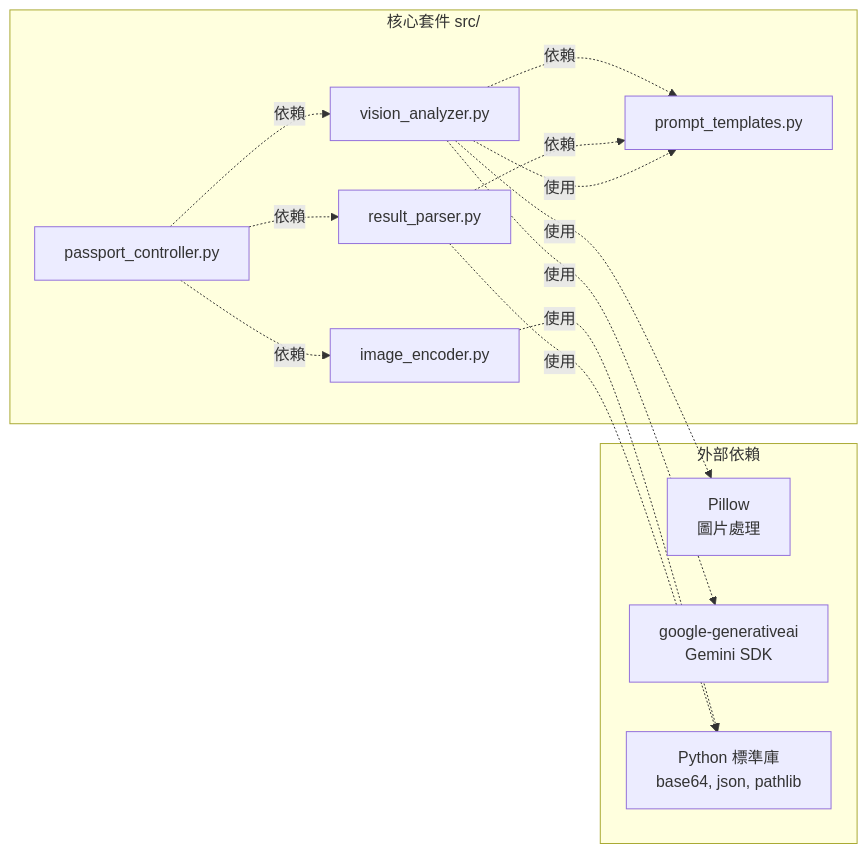
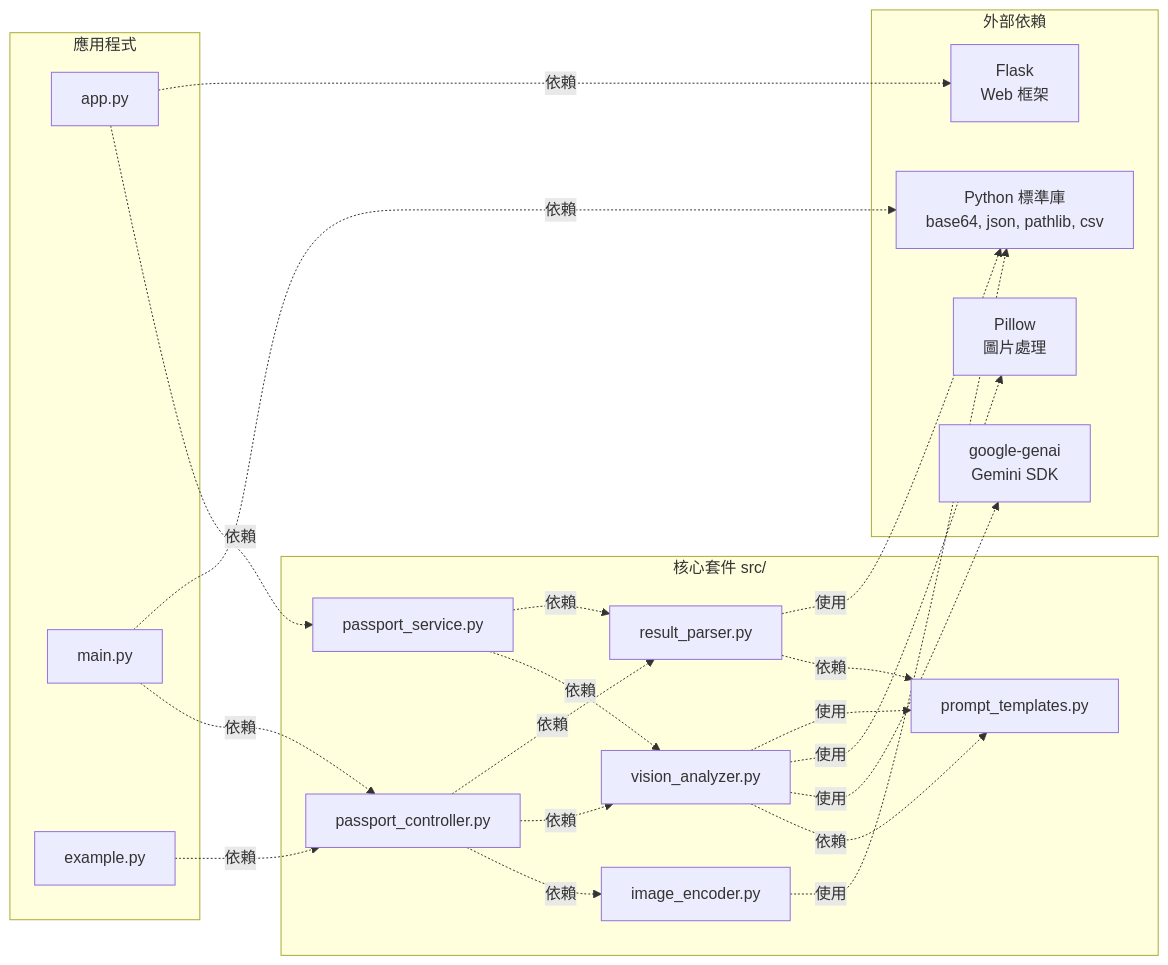
The second of 5 diagrams in 元件圖.md (wu02067602/Passport-image-recognition), drawn with Mermaid before and after one commit. The commit also changed other lines of this file and 3 other files, not shown here.

Commit message:
Refactor: Add PassportService and BatchProcessor, improve error handling

````diff
--- a/元件圖.md
+++ b/元件圖.md
@@ -47,28 +57,44 @@
 ```mermaid
 graph LR
+    subgraph "應用程式"
+        APP[app.py]
+        MAIN[main.py]
+        EX[example.py]
+    end
+    
     subgraph "核心套件 src/"
         PC[passport_controller.py]
+        PS[passport_service.py]
         IE[image_encoder.py]
         VA[vision_analyzer.py]
         RP[result_parser.py]
         PT[prompt_templates.py]
     end
     
     subgraph "外部依賴"
+        FLASK[Flask<br/>Web 框架]
         PIL[Pillow<br/>圖片處理]
-        GENAI[google-generativeai<br/>Gemini SDK]
-        STD[Python 標準庫<br/>base64, json, pathlib]
+        GENAI[google-genai<br/>Gemini SDK]
+        STD[Python 標準庫<br/>base64, json, pathlib, csv]
     end
+    
+    APP -.依賴.-> PS
+    APP -.依賴.-> FLASK
+    MAIN -.依賴.-> PC
+    MAIN -.依賴.-> STD
+    EX -.依賴.-> PC
     
     PC -.依賴.-> IE
     PC -.依賴.-> VA
     PC -.依賴.-> RP
+    PS -.依賴.-> VA
+    PS -.依賴.-> RP
     VA -.依賴.-> PT
     RP -.依賴.-> PT
     
     IE -.使用.-> STD
     VA -.使用.-> GENAI
     VA -.使用.-> PIL
     VA -.使用.-> PT
     RP -.使用.-> STD
 ```
````
